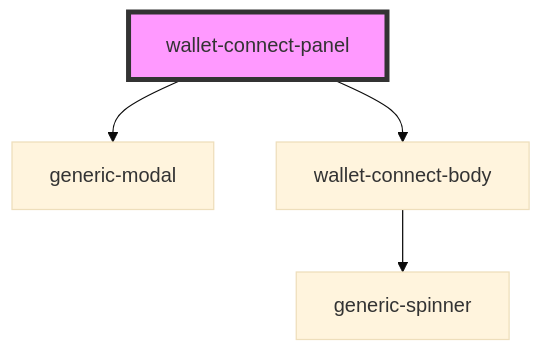
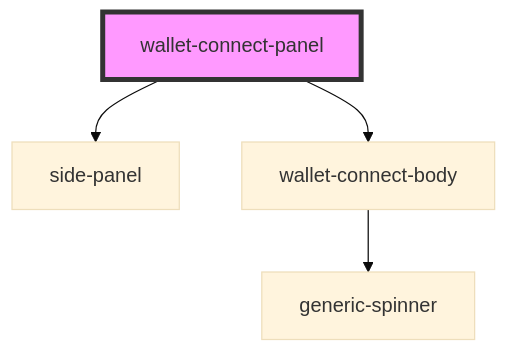
One commit to multiversx/mx-sdk-dapp-ui changed the diagram in src/components/functional/wallet-connect-components/readme.md. Above: the diagram before and after it, drawn with Mermaid (base theme). The commit also changed other lines of this file and 2 other files, not shown here.

````diff
--- a/src/components/functional/wallet-connect-components/readme.md
+++ b/src/components/functional/wallet-connect-components/readme.md
@@ -34,7 +34,7 @@
 ```mermaid
 graph TD;
-  wallet-connect-panel --> generic-modal
+  wallet-connect-panel --> side-panel
   wallet-connect-panel --> wallet-connect-body
   wallet-connect-body --> generic-spinner
   style wallet-connect-panel fill:#f9f,stroke:#333,stroke-width:4px
 ```
````
